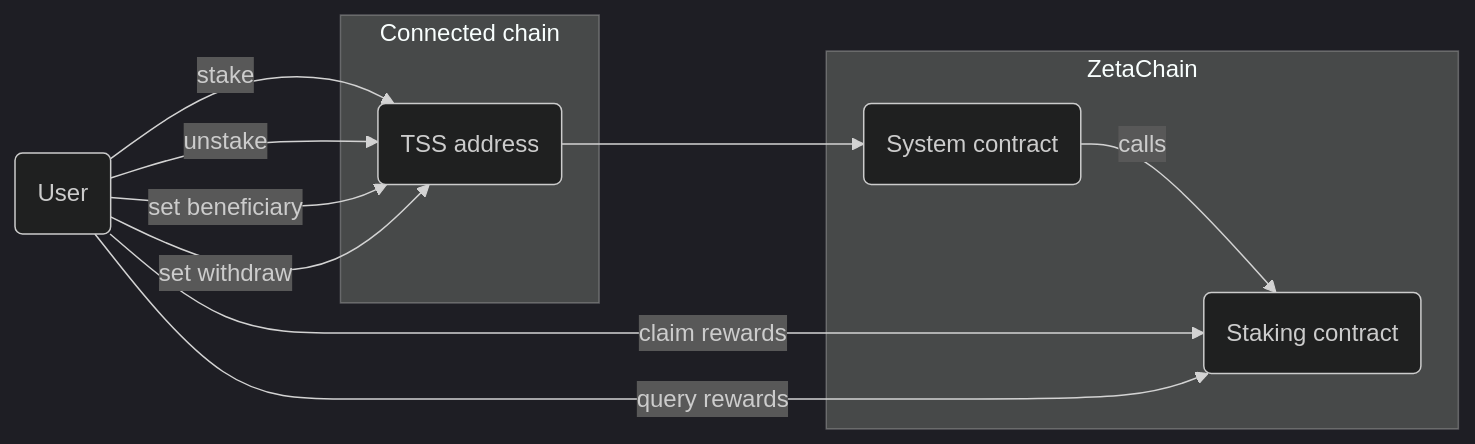
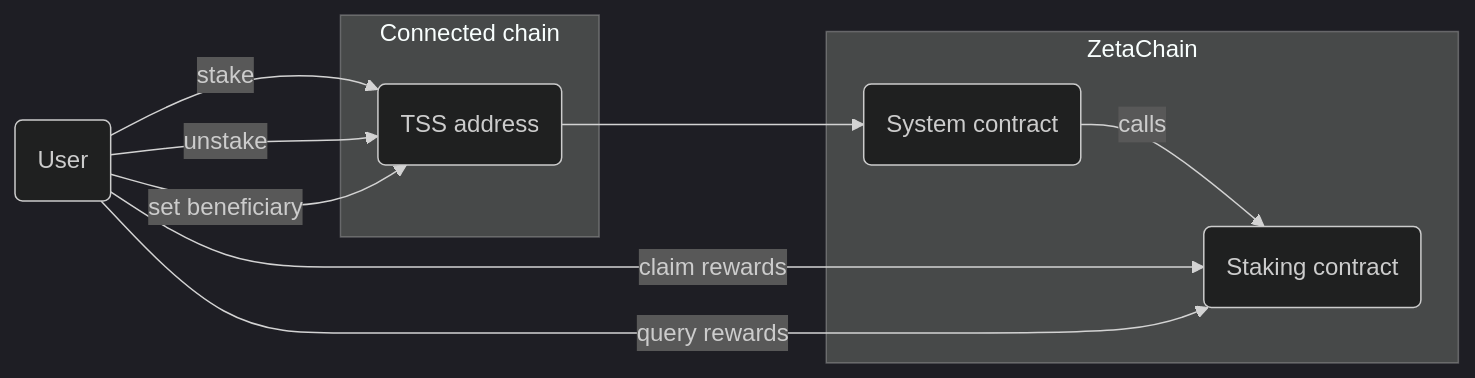
The diagram in docs/developers/omnichain/tutorials/staking.md (zeta-chain/docs), drawn with Mermaid (dark theme) before and after one commit. The commit also changed other lines of this file, not shown here.

````diff
--- a/docs/developers/omnichain/tutorials/staking.md
+++ b/docs/developers/omnichain/tutorials/staking.md
@@ -94,19 +93,18 @@
 ```mermaid
 flowchart LR
   subgraph zetachain ["ZetaChain"]
     contract("Staking contract")
     system_contract("System contract")
   end
   subgraph connected_chain ["Connected chain"]
     tss("TSS address")
   end
     user("User")
     user -- stake --> tss
     user -- unstake --> tss
     user -- set beneficiary --> tss
-    user -- set withdraw --> tss
     tss --> system_contract
     system_contract -- calls --> contract
     user -- claim rewards --> contract
     user -- query rewards --> contract
 ```
````
